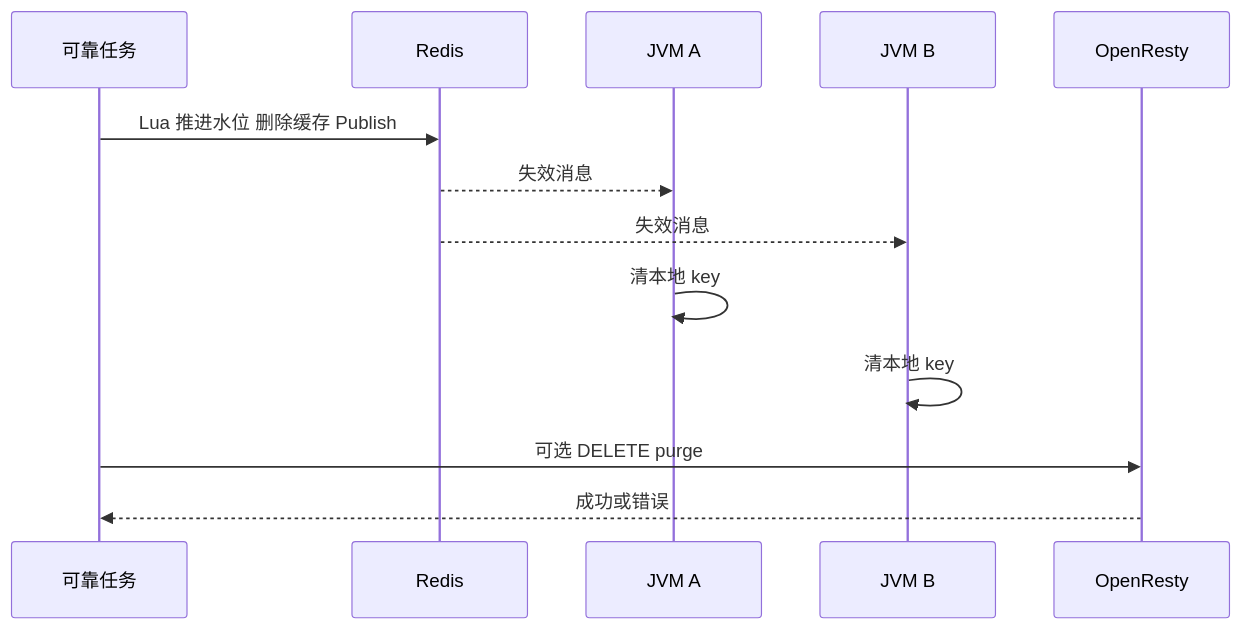
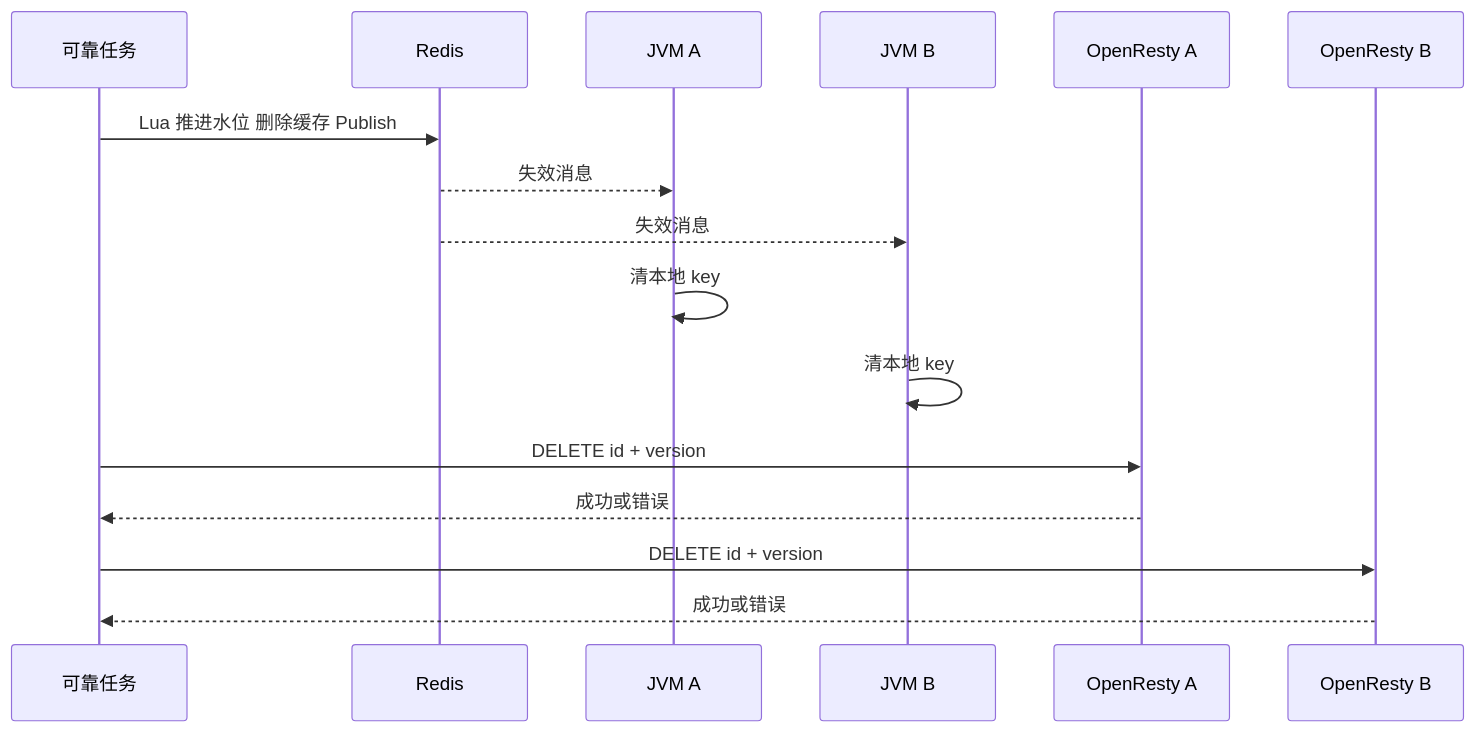
Before and after one commit to SyH-101/citypass-platform: the fourth of 8 diagrams in 02-多级缓存一致性.md, drawn with Mermaid. The commit also changed other lines of this file, not shown here.

````diff
--- a/02-多级缓存一致性.md
+++ b/02-多级缓存一致性.md
@@ -615,15 +645,18 @@
 ```mermaid
 sequenceDiagram
     participant T as 可靠任务
     participant R as Redis
     participant A as JVM A
     participant B as JVM B
-    participant G as OpenResty
+    participant G1 as OpenResty A
+    participant G2 as OpenResty B
     T->>R: Lua 推进水位 删除缓存 Publish
     R-->>A: 失效消息
     R-->>B: 失效消息
     A->>A: 清本地 key
     B->>B: 清本地 key
-    T->>G: 可选 DELETE purge
-    G-->>T: 成功或错误
+    T->>G1: DELETE id + version
+    G1-->>T: 成功或错误
+    T->>G2: DELETE id + version
+    G2-->>T: 成功或错误
 ```
````
